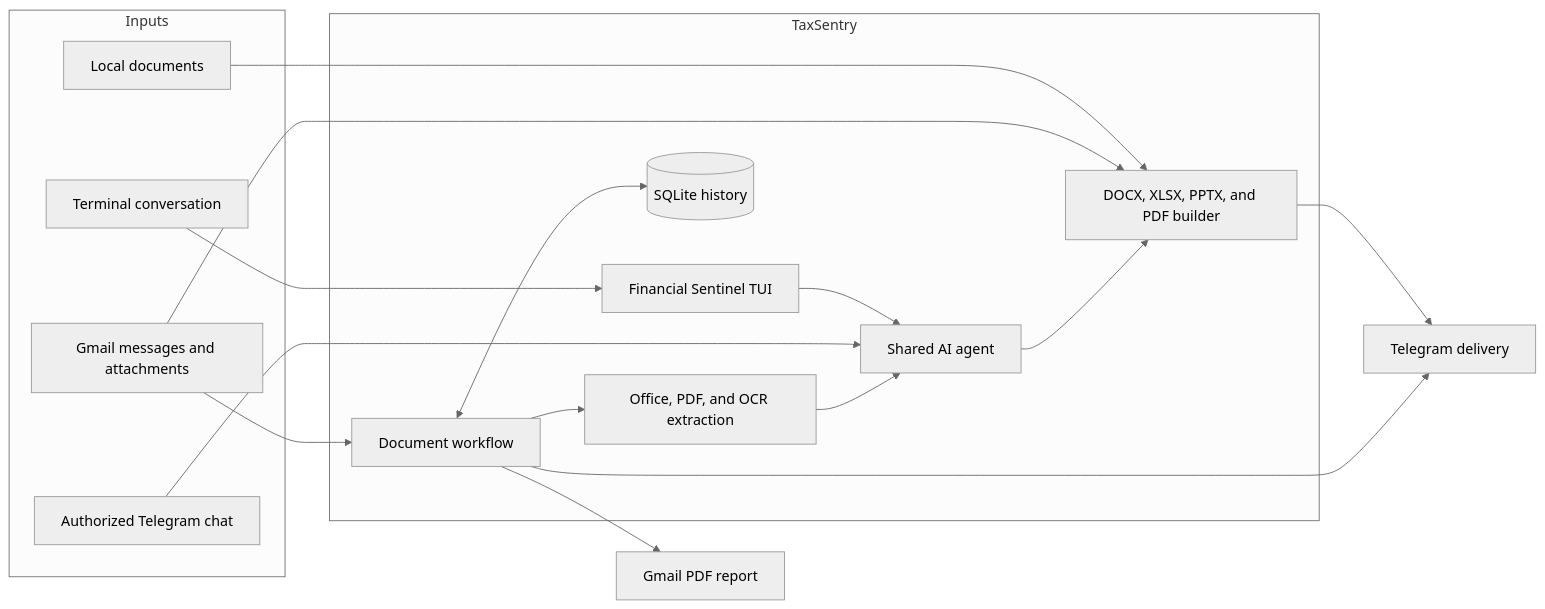
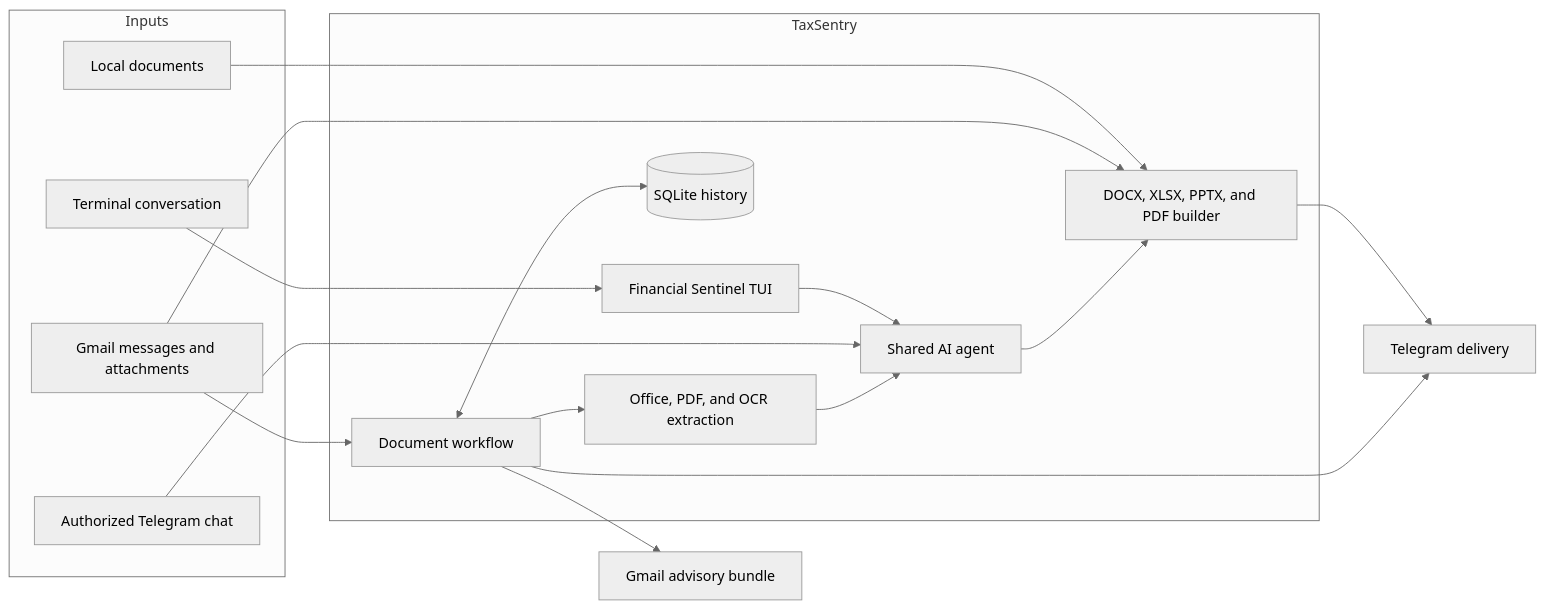
One commit to thienan230427/TaxSentry changed the first of 4 diagrams in README.md. Above: the diagram before and after it, drawn with Mermaid (neutral theme). The commit also changed other lines of this file and 24 other files, not shown here.

````diff
--- a/README.md
+++ b/README.md
@@ -28,29 +28,29 @@
 ```mermaid
 flowchart LR
     subgraph Inputs
         Terminal["Terminal conversation"]
         Gmail["Gmail messages and attachments"]
         Files["Local documents"]
         TelegramIn["Authorized Telegram chat"]
     end
 
     subgraph TaxSentry
         TUI["Financial Sentinel TUI"]
         Agent["Shared AI agent"]
         Workflow["Document workflow"]
         Extract["Office, PDF, and OCR extraction"]
         Store[("SQLite history")]
         Artifacts["DOCX, XLSX, PPTX, and PDF builder"]
     end
 
     Terminal --> TUI --> Agent
     TelegramIn --> Agent
     Gmail --> Workflow --> Extract --> Agent
     Files --> Artifacts
     Gmail --> Artifacts
     Agent --> Artifacts
     Workflow <--> Store
     Artifacts --> TelegramOut["Telegram delivery"]
-    Workflow --> GmailOut["Gmail PDF report"]
+    Workflow --> GmailOut["Gmail advisory bundle"]
     Workflow --> TelegramOut
 ```
````
